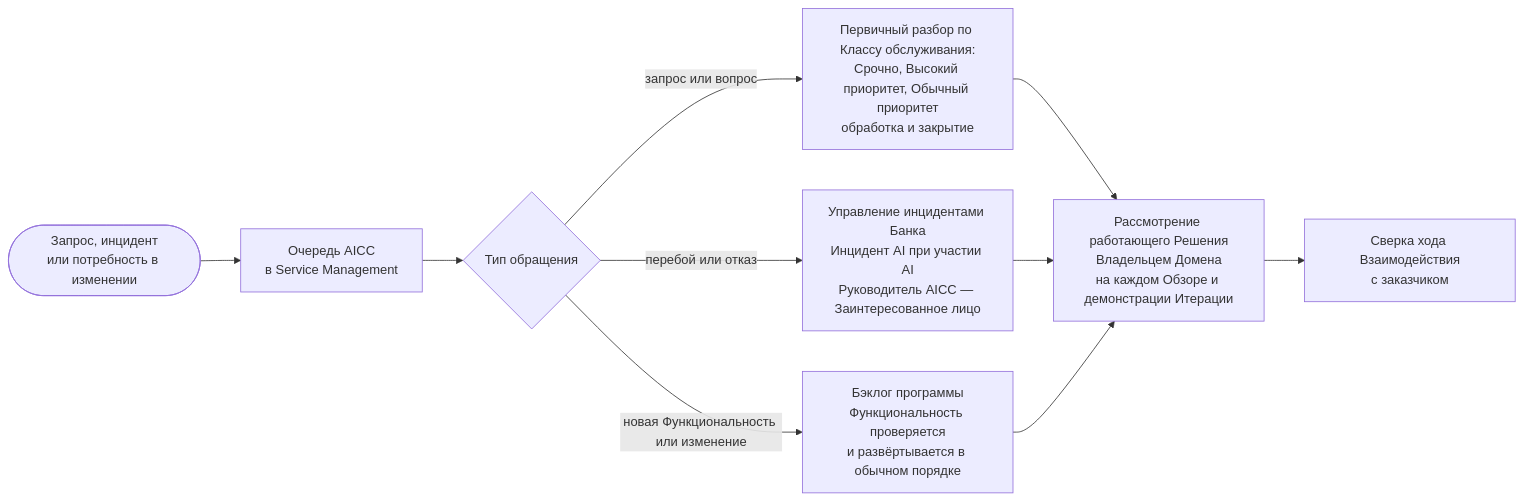
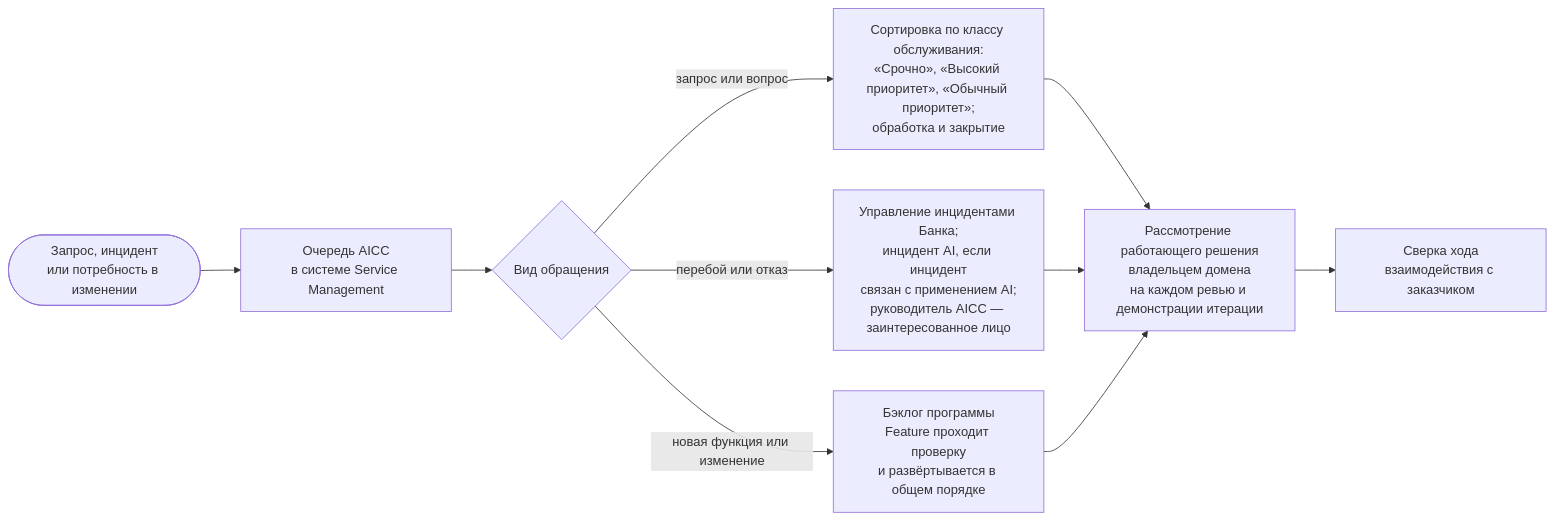
The fourth of 4 diagrams in charter/ru/guides/engagement-guide.md (devhogu/ob-aicc), drawn with Mermaid before and after one commit. The commit also changed other lines of this file and 6 other files, not shown here.

````diff
--- a/charter/ru/guides/engagement-guide.md
+++ b/charter/ru/guides/engagement-guide.md
@@ -114,12 +114,12 @@
 ```mermaid
 flowchart LR
-  RQ(["Запрос, инцидент<br/>или потребность в изменении"]) --> SM["Очередь AICC<br/>в Service Management"]
-  SM --> TR{"Тип обращения"}
-  TR -->|"запрос или вопрос"| HD["Первичный разбор по Классу обслуживания:<br/>Срочно, Высокий приоритет, Обычный приоритет<br/>обработка и закрытие"]
-  TR -->|"перебой или отказ"| IM["Управление инцидентами Банка<br/>Инцидент AI при участии AI<br/>Руководитель AICC — Заинтересованное лицо"]
-  TR -->|"новая Функциональность или изменение"| BL["Бэклог программы<br/>Функциональность проверяется<br/>и развёртывается в обычном порядке"]
-  HD --> RV["Рассмотрение работающего Решения<br/>Владельцем Домена<br/>на каждом Обзоре и демонстрации Итерации"]
+  RQ(["Запрос, инцидент<br/>или потребность в изменении"]) --> SM["Очередь AICC<br/>в системе Service Management"]
+  SM --> TR{"Вид обращения"}
+  TR -->|"запрос или вопрос"| HD["Сортировка по классу обслуживания:<br/>«Срочно», «Высокий приоритет», «Обычный приоритет»;<br/>обработка и закрытие"]
+  TR -->|"перебой или отказ"| IM["Управление инцидентами Банка;<br/>инцидент AI, если инцидент<br/>связан с применением AI;<br/>руководитель AICC — заинтересованное лицо"]
+  TR -->|"новая функция или изменение"| BL["Бэклог программы<br/>Feature проходит проверку<br/>и развёртывается в общем порядке"]
+  HD --> RV["Рассмотрение работающего решения<br/>владельцем домена<br/>на каждом ревью и демонстрации итерации"]
   IM --> RV
   BL --> RV
-  RV --> CK["Сверка хода Взаимодействия<br/>с заказчиком"]
+  RV --> CK["Сверка хода<br/>взаимодействия с заказчиком"]
 ```
````
